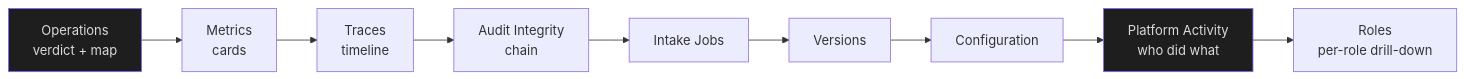
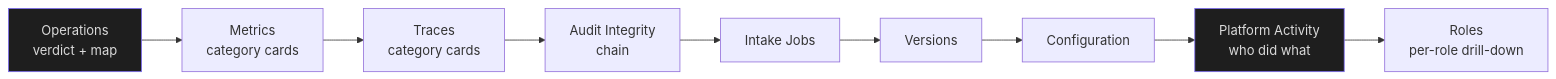
Before and after one commit to OussemaHarrabi/ClaimGuard: the sixth of 7 diagrams in docs/ops-p2-explain.md, drawn with Mermaid. The commit also changed other lines of this file and 2 other files, not shown here.

````diff
--- a/docs/ops-p2-explain.md
+++ b/docs/ops-p2-explain.md
@@ -248,13 +248,13 @@
 ```mermaid
 flowchart LR
-    OV["Operations<br/>verdict + map"] --> ME["Metrics<br/>cards"]
-    ME --> TR["Traces<br/>timeline"]
+    OV["Operations<br/>verdict + map"] --> ME["Metrics<br/>category cards"]
+    ME --> TR["Traces<br/>category cards"]
     TR --> AU["Audit Integrity<br/>chain"]
     AU --> IJ["Intake Jobs"]
     IJ --> VE["Versions"]
     VE --> CF["Configuration"]
     CF --> AC["Platform Activity<br/>who did what"]
     AC --> RO["Roles<br/>per-role drill-down"]
     style OV fill:#1e1e1e,stroke:#7c6cf0,color:#dadada
     style AC fill:#1e1e1e,stroke:#7c6cf0,color:#dadada
 ```
````
